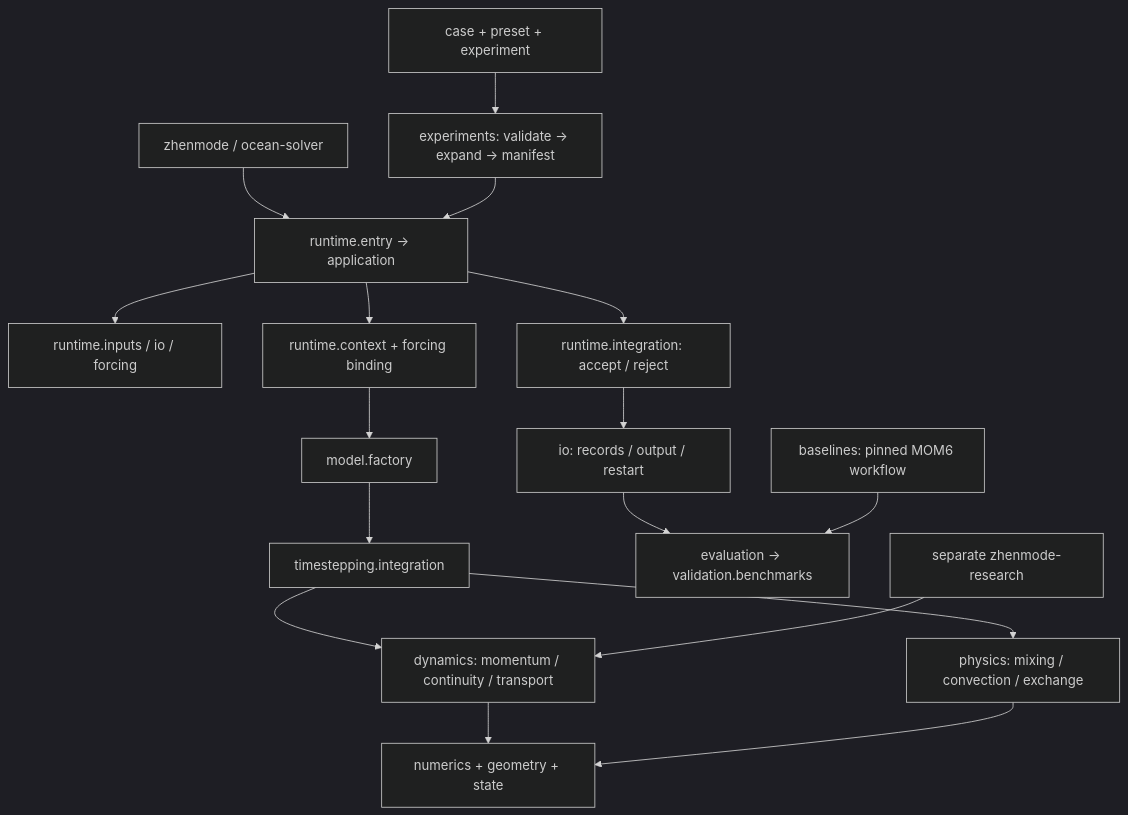
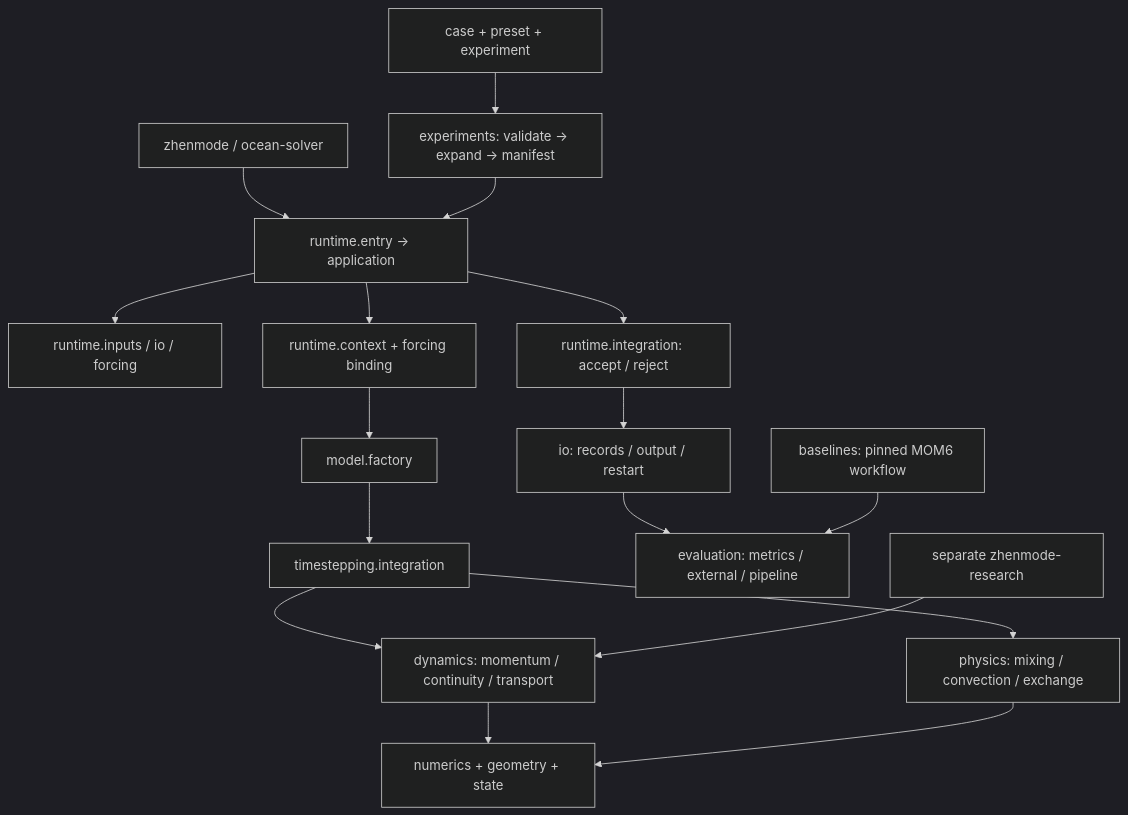
Before and after one commit to TTAWDTT/ZhenMode: the diagram in docs/research_engineering_architecture_zh.md, drawn with Mermaid (dark theme). The commit also changed other lines of this file and 80 other files, not shown here.

````diff
--- a/docs/research_engineering_architecture_zh.md
+++ b/docs/research_engineering_architecture_zh.md
@@ -5,19 +5,19 @@
 ```mermaid
 flowchart TD
     CLI[zhenmode / ocean-solver] --> Run[runtime.entry → application]
     Exp[case + preset + experiment] --> Expand[experiments: validate → expand → manifest]
     Expand --> Run
     Run --> Inputs[runtime.inputs / io / forcing]
     Run --> Context[runtime.context + forcing binding]
     Context --> Factory[model.factory]
     Factory --> Step[timestepping.integration]
     Step --> Dynamics[dynamics: momentum / continuity / transport]
     Step --> Physics[physics: mixing / convection / exchange]
     Dynamics --> Numerics[numerics + geometry + state]
     Physics --> Numerics
     Run --> Accepted[runtime.integration: accept / reject]
     Accepted --> IO[io: records / output / restart]
-    IO --> Eval[evaluation → validation.benchmarks]
+    IO --> Eval[evaluation: metrics / external / pipeline]
     MOM6[baselines: pinned MOM6 workflow] --> Eval
     Research[separate zhenmode-research] --> Dynamics
 ```
````
